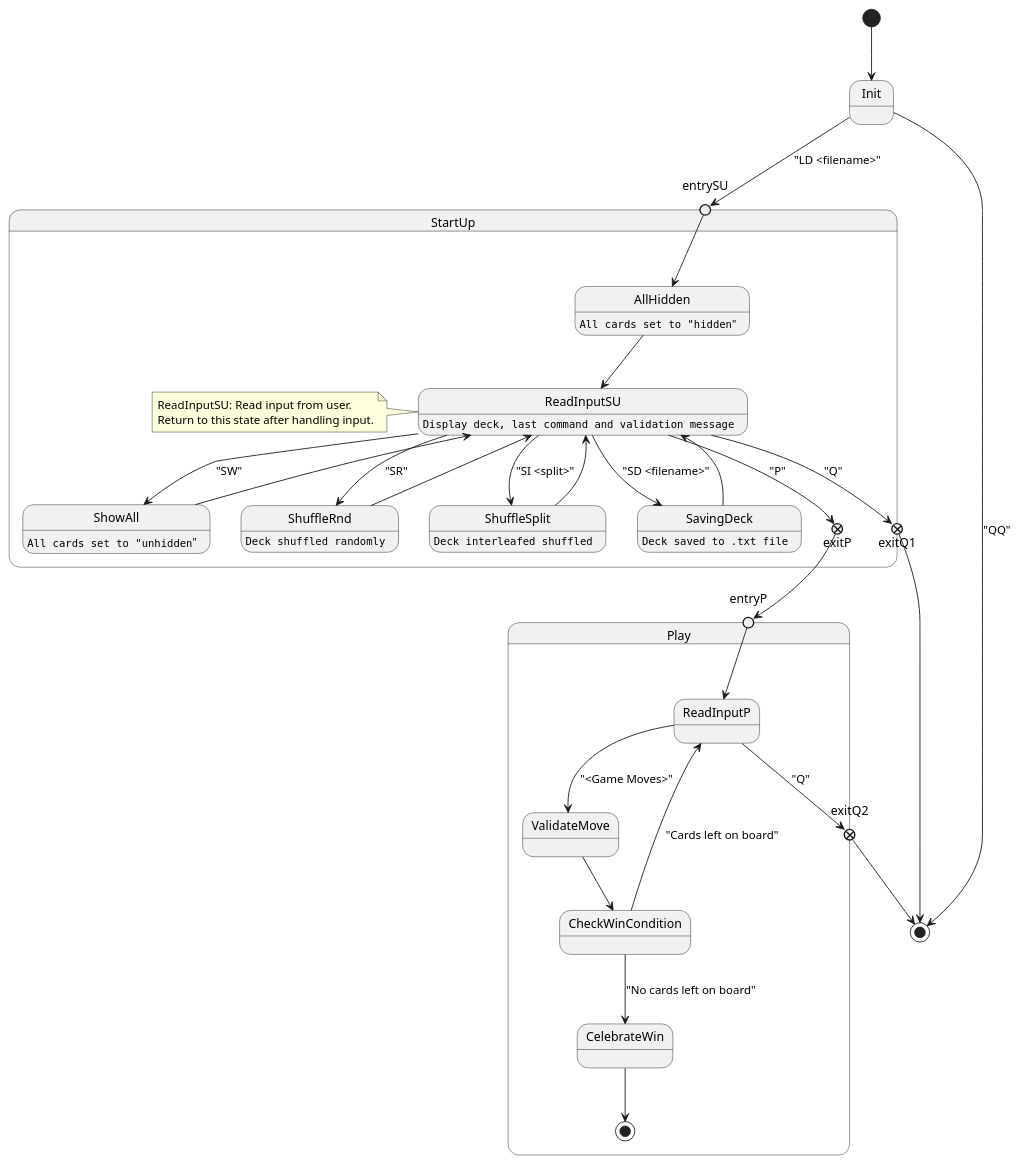
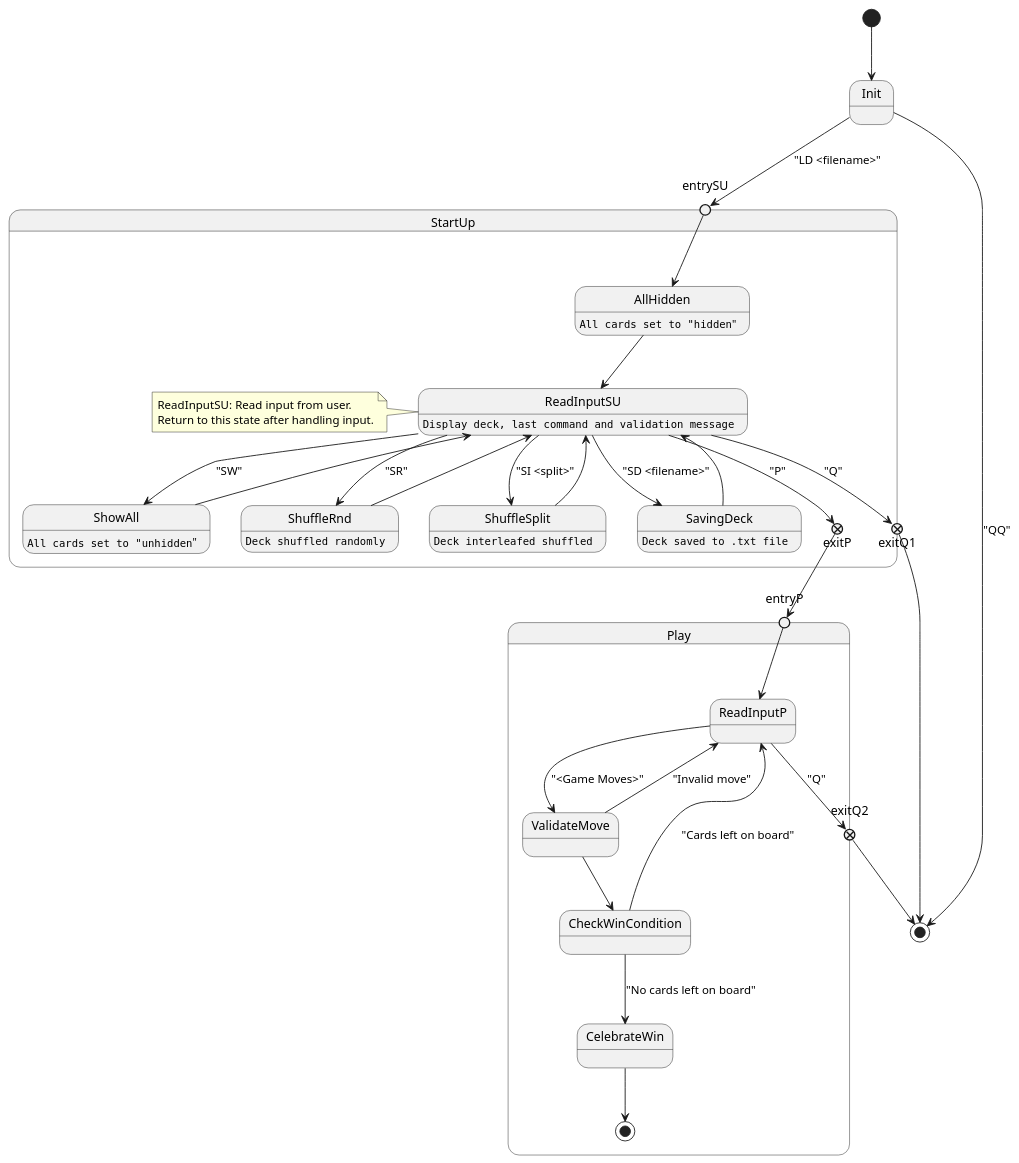
Before and after one commit to TobyNatooor/machine_prog_proj_2_yukon: the diagram in diagrams/yukon_flowchart.pu, drawn with PlantUML. The commit also changed 2 other files, not shown here.

Commit message:
Flowchart of Game move

```diff
--- a/diagrams/yukon_flowchart.pu
+++ b/diagrams/yukon_flowchart.pu
@@ -1,63 +1,64 @@
 @startuml flowchart
 
 
 
 state StartUp{
     state entrySU <<entryPoint>>
     state exitP <<exitPoint>> 
     state exitQ1 <<exitPoint>>
 
     entrySU --> AllHidden
     AllHidden : ""All cards set to "hidden"""
 
     AllHidden --> ReadInputSU  
 
     note left of ReadInputSU
         ReadInputSU: Read input from user.
         Return to this state after handling input.
     end note
 
     ReadInputSU : ""Display deck, last command and validation message""
 
     ReadInputSU --> ShowAll : "SW"
     ShowAll --> ReadInputSU
     ShowAll : ""All cards set to "unhidden"""
 
     ReadInputSU --> ShuffleRnd : "SR"
     ShuffleRnd --> ReadInputSU
     ShuffleRnd : ""Deck shuffled randomly""
 
     ReadInputSU --> ShuffleSplit : "SI <split>"
     ShuffleSplit --> ReadInputSU
     ShuffleSplit : ""Deck interleafed shuffled""
 
     ReadInputSU --> SavingDeck : "SD <filename>"
     SavingDeck --> ReadInputSU
     SavingDeck : ""Deck saved to .txt file""
 
     ReadInputSU --> exitP : "P"
 
     ReadInputSU --> exitQ1 : "Q"
 }
 
 state Play{
     state entryP <<entryPoint>>
     state exitQ2 <<exitPoint>>
     entryP --> ReadInputP
     ReadInputP --> ValidateMove : "<Game Moves>"
     ValidateMove --> CheckWinCondition
+    ValidateMove --> ReadInputP : "Invalid move"
     CheckWinCondition --> ReadInputP : "Cards left on board"
     CheckWinCondition --> CelebrateWin : "No cards left on board"
     CelebrateWin --> [*]
 
     ReadInputP --> exitQ2 : "Q"
 }
 
 [*] --> Init
 Init --> [*] : "QQ"
 Init --> entrySU : "LD <filename>"
 exitP --> entryP 
 exitQ1 --> [*]
 exitQ2 --> [*]
 
 @enduml
```
